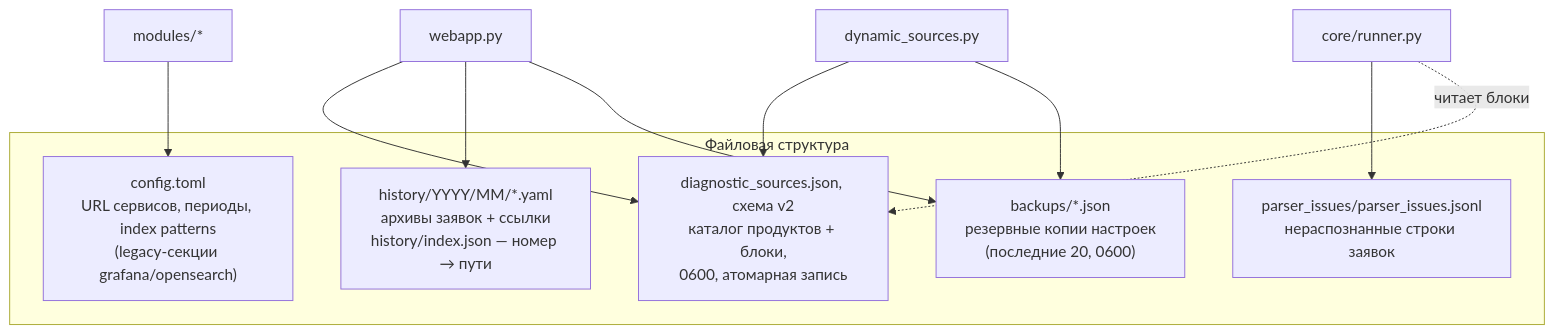
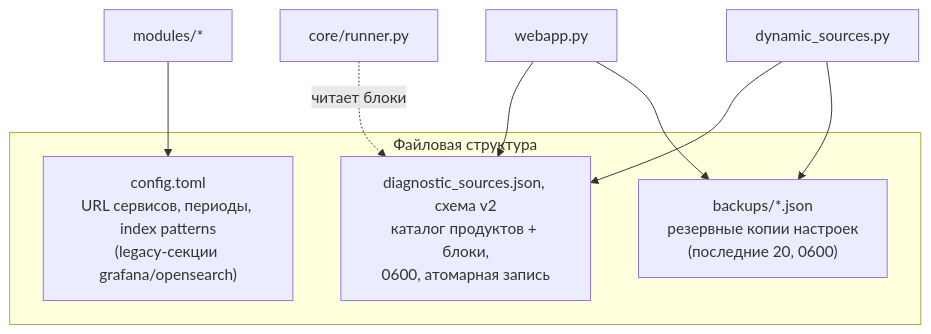
The tenth of 12 diagrams in docs/ARCHITECTURE.md (shifter1710/l2tool), drawn with Mermaid before and after one commit. The commit also changed other lines of this file and 26 other files, not shown here.

````diff
--- a/docs/ARCHITECTURE.md
+++ b/docs/ARCHITECTURE.md
@@ -427,19 +419,15 @@
 ```mermaid
 flowchart TB
     subgraph files["Файловая структура"]
         configtoml["config.toml<br/>URL сервисов, периоды, index patterns<br/>(legacy-секции grafana/opensearch)"]
         dsjson["diagnostic_sources.json, схема v2<br/>каталог продуктов + блоки,<br/>0600, атомарная запись"]
         backupsdir["backups/*.json<br/>резервные копии настроек<br/>(последние 20, 0600)"]
-        histdir["history/YYYY/MM/*.yaml<br/>архивы заявок + ссылки<br/>history/index.json — номер → пути"]
-        pissues["parser_issues/parser_issues.jsonl<br/>нераспознанные строки заявок"]
     end
 
     webapp2["webapp.py"] --> dsjson
-    webapp2 --> histdir
     webapp2 --> backupsdir
-    runner2["core/runner.py"] --> pissues
-    runner2 -.->|"читает блоки"| dsjson
+    runner2["core/runner.py"] -.->|"читает блоки"| dsjson
     modules2["modules/*"] --> configtoml
     dynamic2["dynamic_sources.py"] --> dsjson
     dynamic2 --> backupsdir
 ```
````
